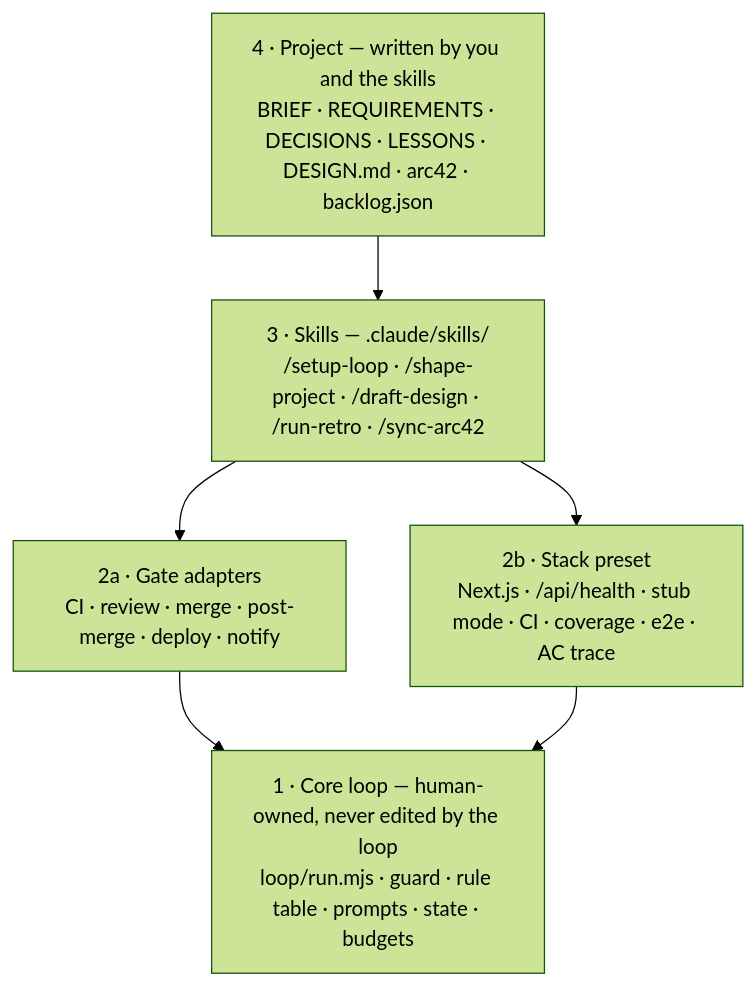
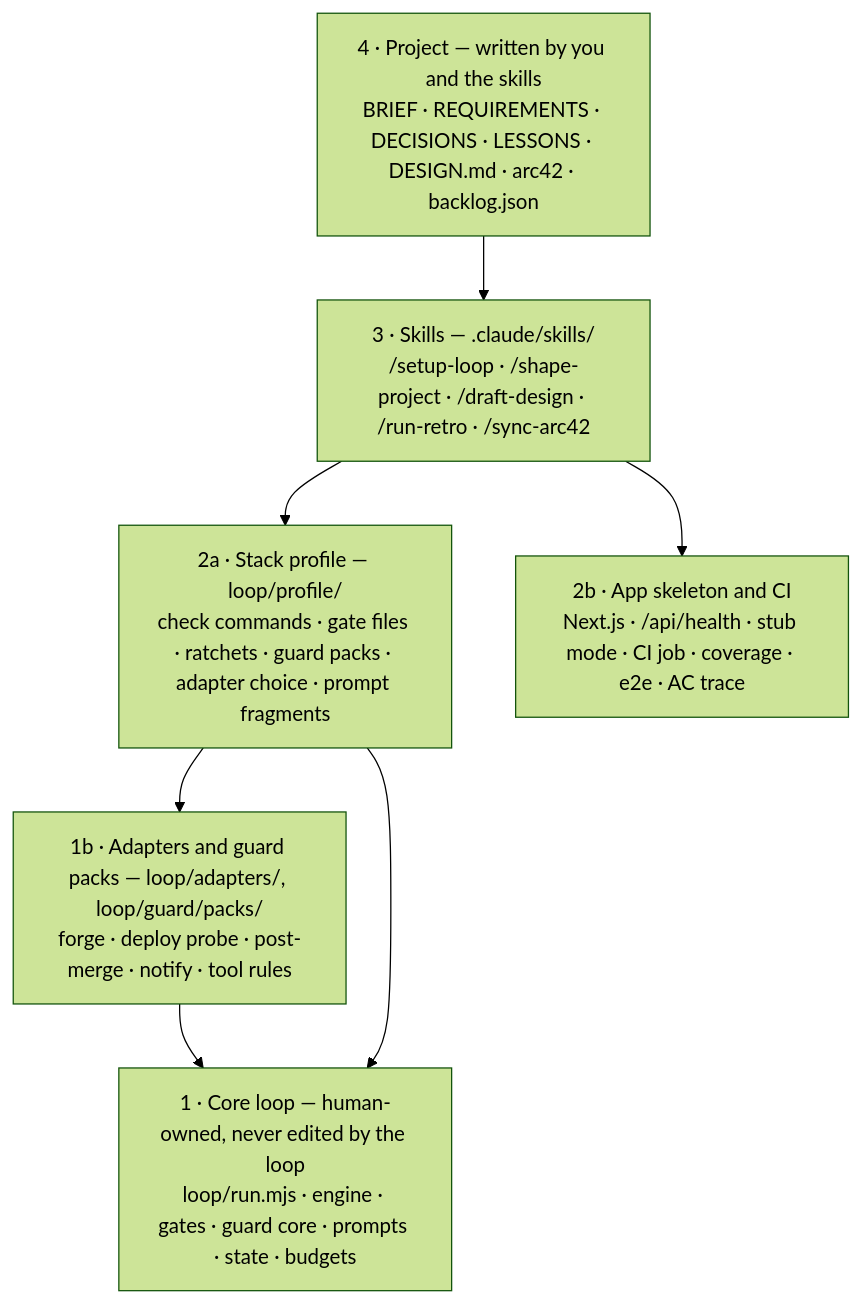
One commit to yungxramoz/real-gates changed the second of 2 diagrams in README.md. Above: the diagram before and after it, drawn with Mermaid (forest theme). The commit also changed other lines of this file and 44 other files, not shown here.

First line of the commit message:
refactor(loop): stack profile, guard packs and adapters

````diff
--- a/README.md
+++ b/README.md
@@ -72,10 +74,12 @@
 ```mermaid
 flowchart TB
   L4["4 · Project — written by you and the skills<br/>BRIEF · REQUIREMENTS · DECISIONS · LESSONS · DESIGN.md · arc42 · backlog.json"]
   L3["3 · Skills — .claude/skills/<br/>/setup-loop · /shape-project · /draft-design · /run-retro · /sync-arc42"]
-  L2a["2a · Gate adapters<br/>CI · review · merge · post-merge · deploy · notify"]
-  L2b["2b · Stack preset<br/>Next.js · /api/health · stub mode · CI · coverage · e2e · AC trace"]
-  L1["1 · Core loop — human-owned, never edited by the loop<br/>loop/run.mjs · guard · rule table · prompts · state · budgets"]
-  L4 --> L3 --> L2a --> L1
-  L3 --> L2b --> L1
+  L2a["2a · Stack profile — loop/profile/<br/>check commands · gate files · ratchets · guard packs · adapter choice · prompt fragments"]
+  L2b["2b · App skeleton and CI<br/>Next.js · /api/health · stub mode · CI job · coverage · e2e · AC trace"]
+  L1b["1b · Adapters and guard packs — loop/adapters/, loop/guard/packs/<br/>forge · deploy probe · post-merge · notify · tool rules"]
+  L1["1 · Core loop — human-owned, never edited by the loop<br/>loop/run.mjs · engine · gates · guard core · prompts · state · budgets"]
+  L4 --> L3 --> L2a --> L1b --> L1
+  L3 --> L2b
+  L2a --> L1
 ```
````
